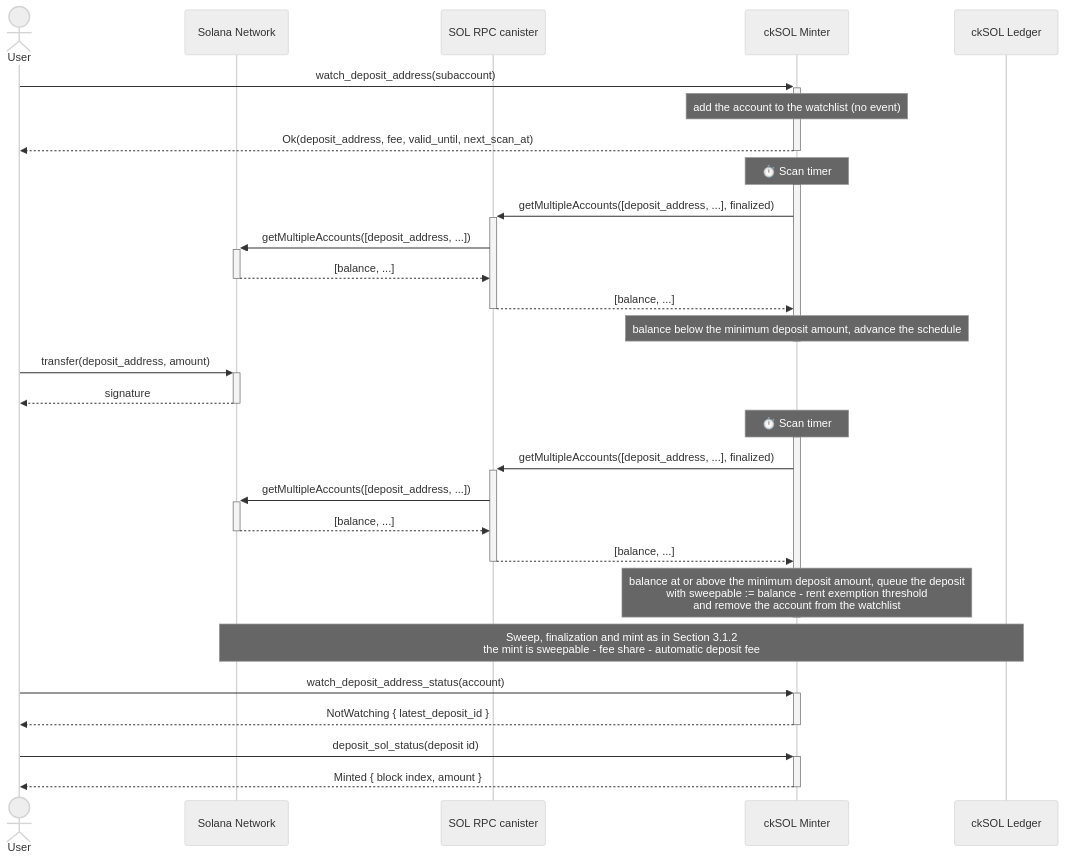
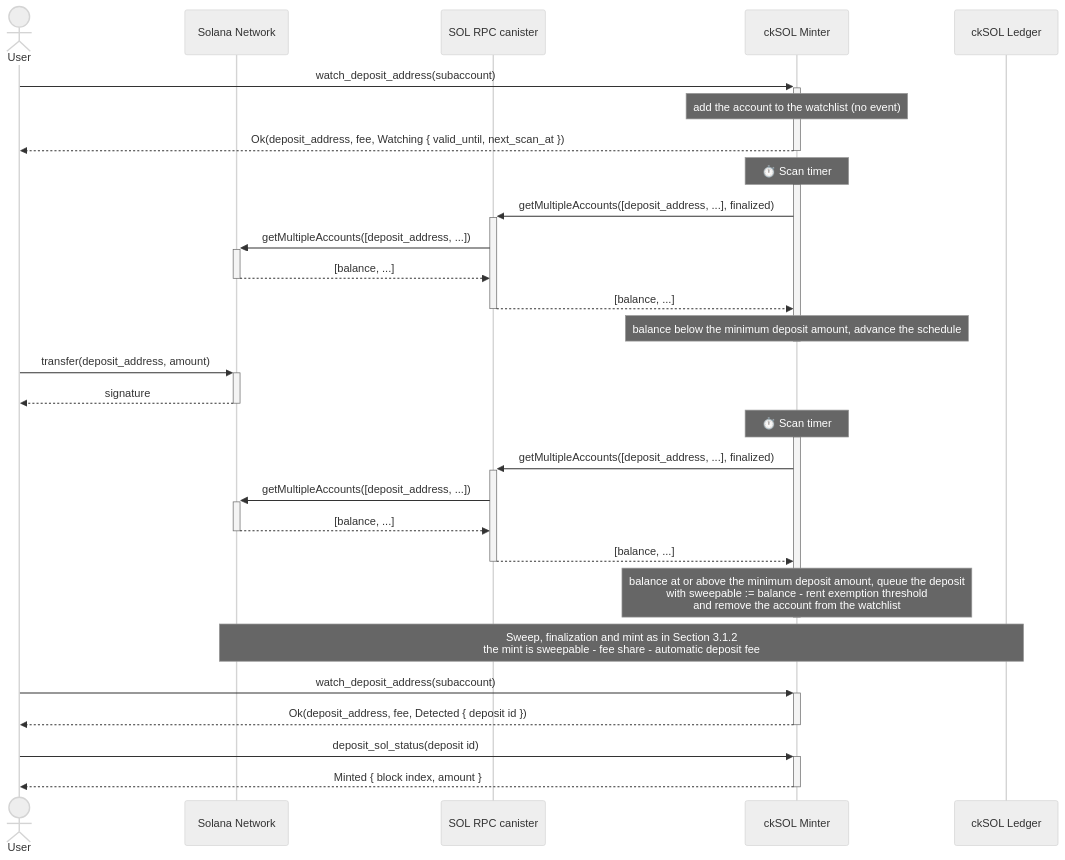
Before and after one commit to dfinity/cksol: the second of 8 diagrams in docs/src/development/design.md, drawn with Mermaid (neutral theme). The commit also changed other lines of this file, not shown here.

First line of the commit message:
docs(design): report the watch status from watch_deposit_address itself

````diff
--- a/docs/src/development/design.md
+++ b/docs/src/development/design.md
@@ -94,40 +94,40 @@
 ```mermaid
 sequenceDiagram
     actor User
     participant Solana as Solana Network
     participant RPC as SOL RPC canister
     participant Minter as ckSOL Minter
     participant Ledger as ckSOL Ledger
 
     User->>+Minter: watch_deposit_address(subaccount)
     Note over Minter: add the account to the watchlist (no event)
-    Minter-->>-User: Ok(deposit_address, fee, valid_until, next_scan_at)
+    Minter-->>-User: Ok(deposit_address, fee, Watching { valid_until, next_scan_at })
 
     Note over Minter: ⏱️ Scan timer
     activate Minter
     Minter->>+RPC: getMultipleAccounts([deposit_address, ...], finalized)
     RPC->>+Solana: getMultipleAccounts([deposit_address, ...])
     Solana-->>-RPC: [balance, ...]
     RPC-->>-Minter: [balance, ...]
     Note over Minter: balance below the minimum deposit amount, advance the schedule
     deactivate Minter
 
     User->>+Solana: transfer(deposit_address, amount)
     Solana-->>-User: signature
 
     Note over Minter: ⏱️ Scan timer
     activate Minter
     Minter->>+RPC: getMultipleAccounts([deposit_address, ...], finalized)
     RPC->>+Solana: getMultipleAccounts([deposit_address, ...])
     Solana-->>-RPC: [balance, ...]
     RPC-->>-Minter: [balance, ...]
     Note over Minter: balance at or above the minimum deposit amount, queue the deposit<br/>with sweepable := balance - rent exemption threshold<br/>and remove the account from the watchlist
     deactivate Minter
 
     Note over Solana,Ledger: Sweep, finalization and mint as in Section 3.1.2<br/>the mint is sweepable - fee share - automatic deposit fee
 
-    User->>+Minter: watch_deposit_address_status(account)
-    Minter-->>-User: NotWatching { latest_deposit_id }
+    User->>+Minter: watch_deposit_address(subaccount)
+    Minter-->>-User: Ok(deposit_address, fee, Detected { deposit id })
     User->>+Minter: deposit_sol_status(deposit id)
     Minter-->>-User: Minted { block index, amount }
 ```
````
